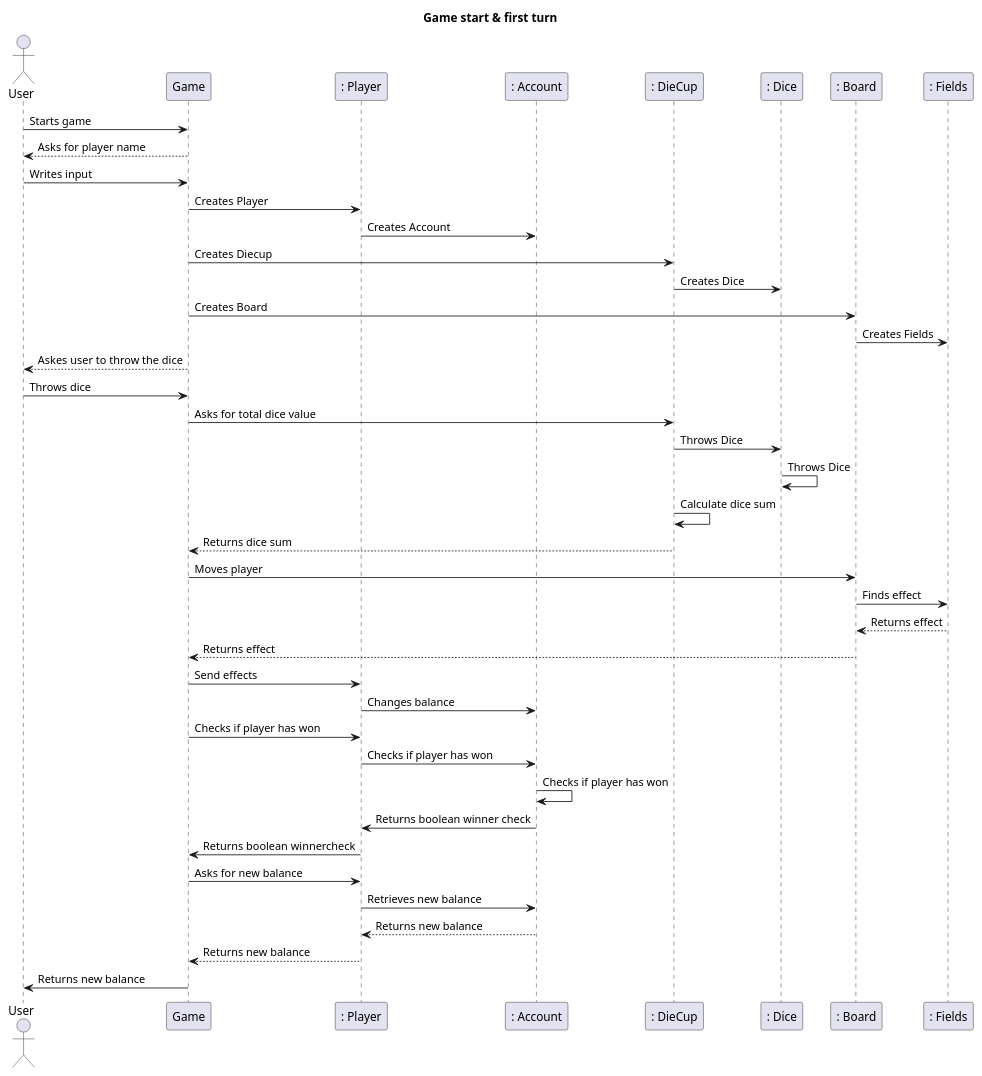
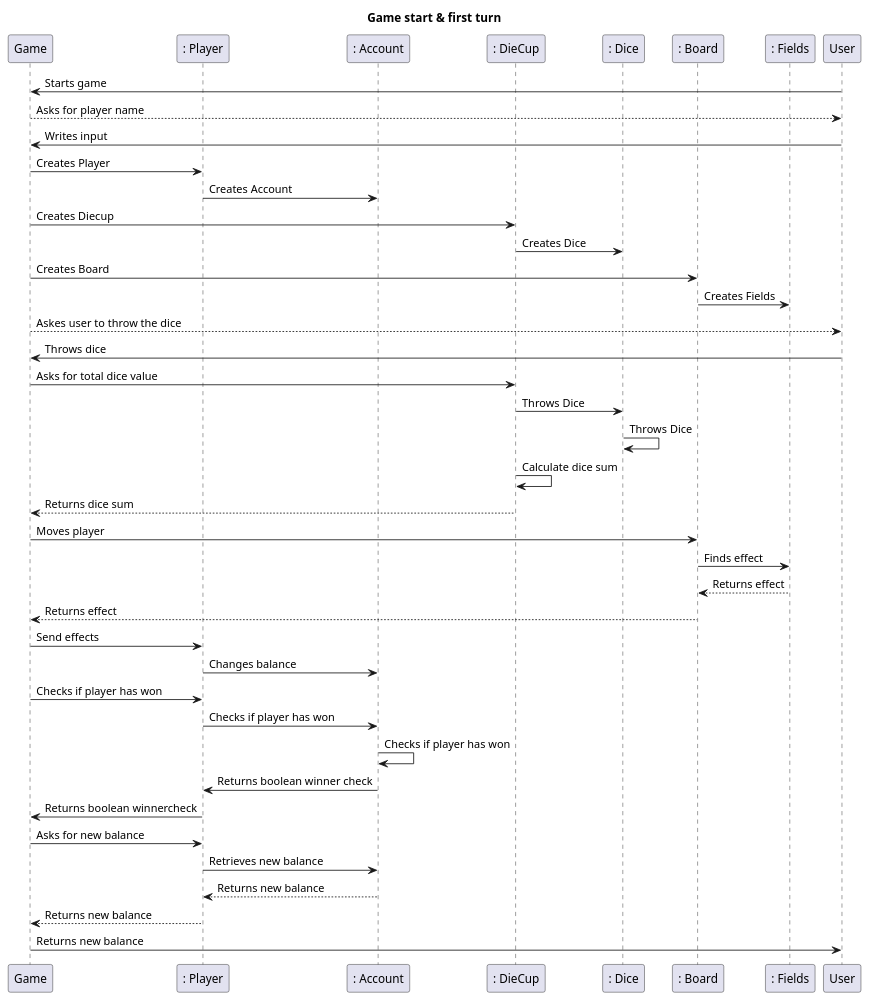
The diagram in src/main/resources/SystemSequenceDiagram.puml (PhilipCramer/CDIO_del2), drawn with PlantUML before and after one commit. The commit also changed 1 other file, not shown here.

Commit message:
Small modifications to System sequence diagram and sequence diagram

```diff
--- a/src/main/resources/SystemSequenceDiagram.puml
+++ b/src/main/resources/SystemSequenceDiagram.puml
@@ -1,48 +1,47 @@
 @startuml SystemSequenceDiagram
 title "Game start & first turn"
-actor User
 participant Game
 participant Game
 participant ": Player"
 participant ": Account"
 participant ": DieCup"
 participant ": Dice"
 participant ": Board"
 participant ": Fields"
 
 User -> Game : Starts game
 Game --> User : Asks for player name
 User -> Game : Writes input
 Game -> ": Player" : Creates Player 
 ": Player" -> ": Account" : Creates Account
 Game -> ": DieCup" : Creates Diecup
 ": DieCup" -> ": Dice" : Creates Dice
 Game -> ": Board" : Creates Board
 ": Board" -> ": Fields" : Creates Fields
 Game --> User : Askes user to throw the dice
 User -> Game : Throws dice
 Game -> ": DieCup" : Asks for total dice value
 ": DieCup" -> ": Dice" : Throws Dice
 ": Dice" -> ": Dice" : Throws Dice
 ": DieCup" -> ": DieCup" : Calculate dice sum
 ": DieCup" --> Game : Returns dice sum
 Game -> ": Board" : Moves player
 ": Board" -> ": Fields" : Finds effect
 ": Fields" --> ": Board" : Returns effect
 ": Board" --> Game : Returns effect
 Game -> ": Player" : Send effects
 ": Player" -> ": Account" : Changes balance
 Game -> ": Player" : Checks if player has won
 ": Player" -> ": Account" : Checks if player has won
 ": Account" -> ": Account" : Checks if player has won
 ": Account" -> ": Player" : Returns boolean winner check
 ": Player" -> Game : Returns boolean winnercheck
 Game -> ": Player" : Asks for new balance
 ": Player" -> ": Account" : Retrieves new balance
 ": Account" --> ": Player" : Returns new balance
 ": Player" --> Game : Returns new balance
 Game -> User : Returns new balance
 
 
 
 @enduml
```
